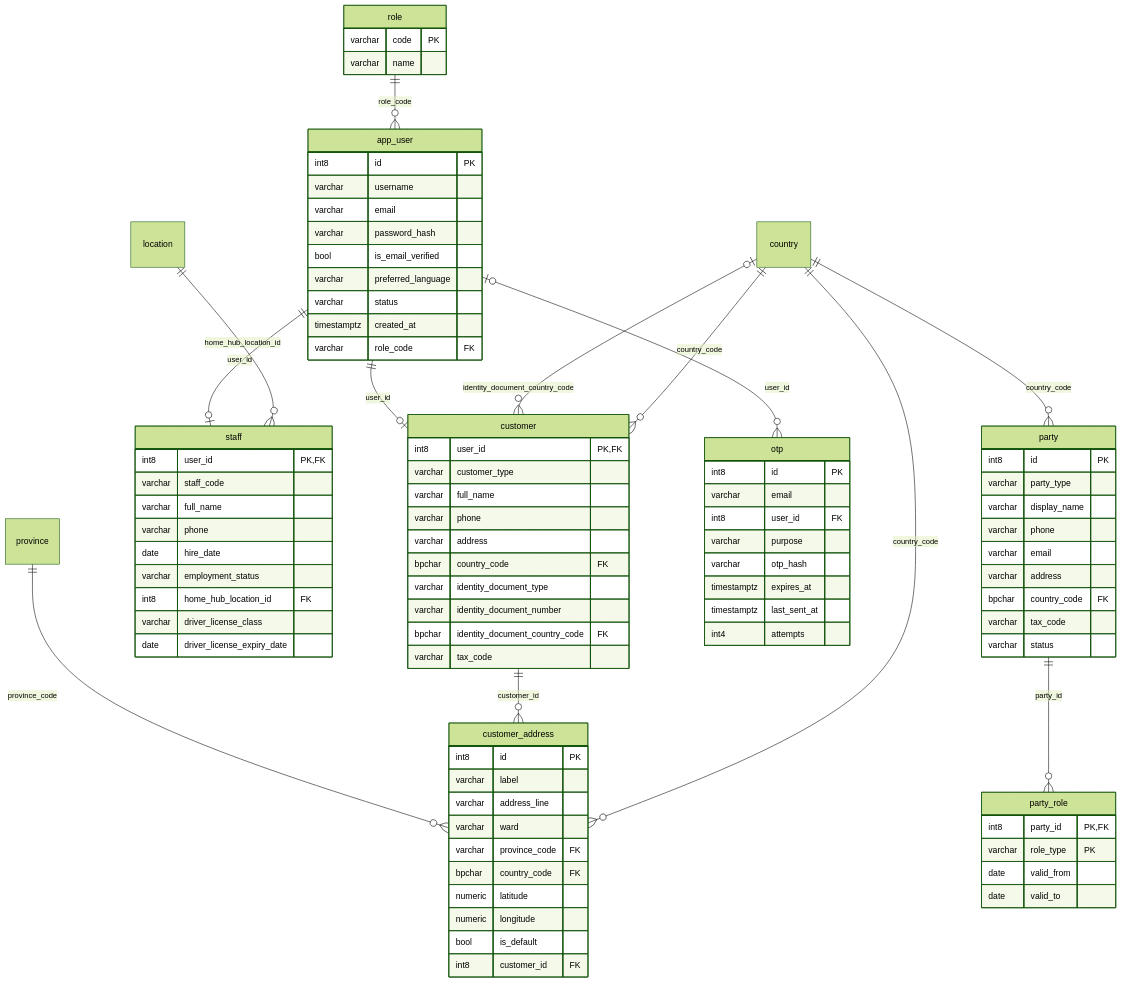
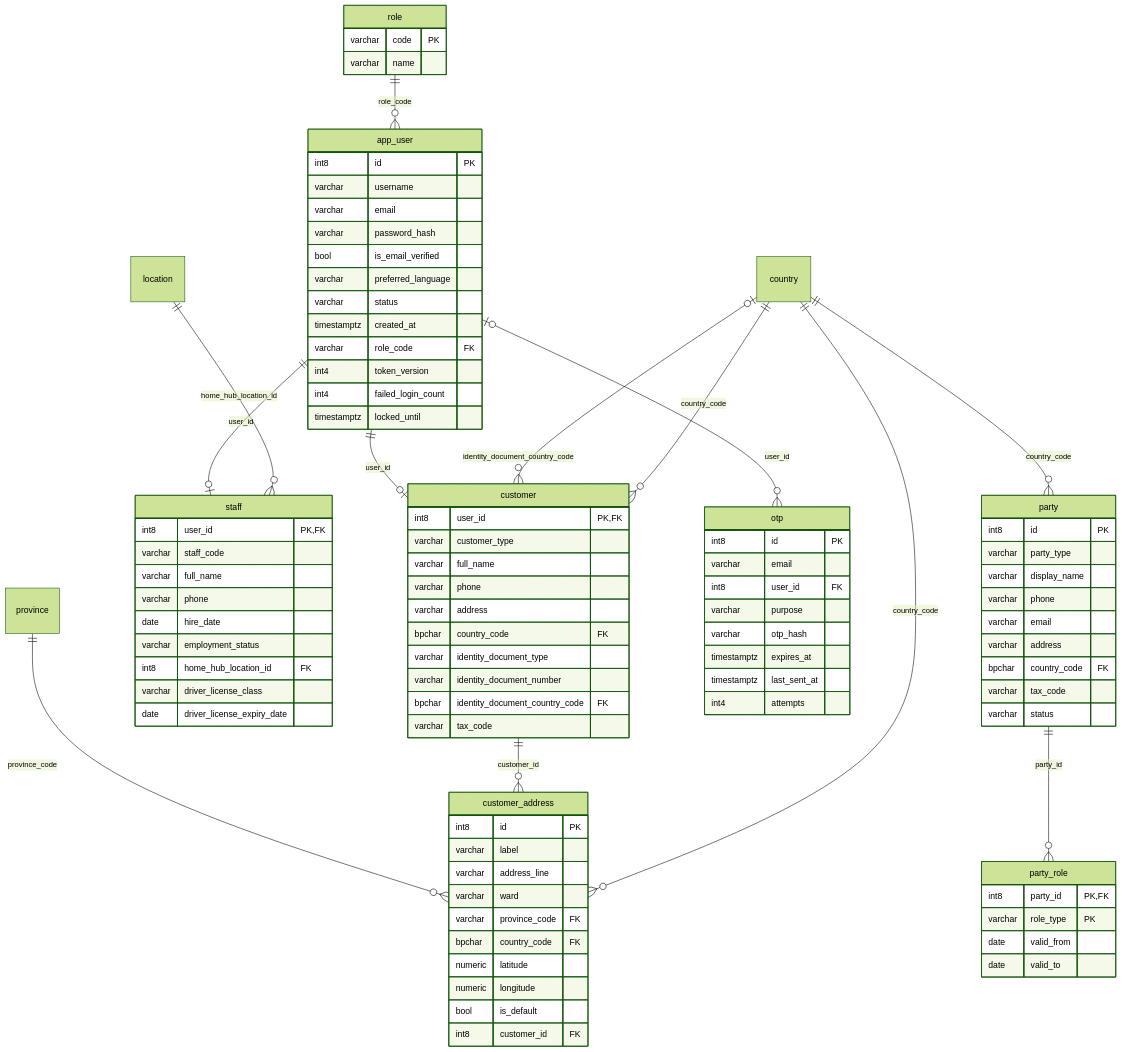
One commit to hankfwr23r2/SWP_RHT changed the second of 15 diagrams in docs/database/ERD.md. Above: the diagram before and after it, drawn with Mermaid (forest theme). The commit also changed 68 other files, not shown here.

```diff
--- a/docs/database/ERD.md
+++ b/docs/database/ERD.md
@@ -62,6 +62,9 @@
         varchar status
         timestamptz created_at
         varchar role_code FK
+        int4 token_version
+        int4 failed_login_count
+        timestamptz locked_until
     }
     role {
         varchar code PK
```
